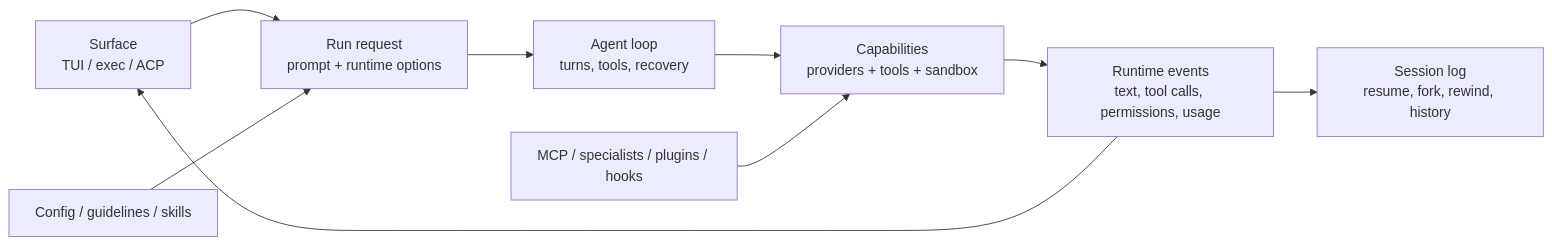
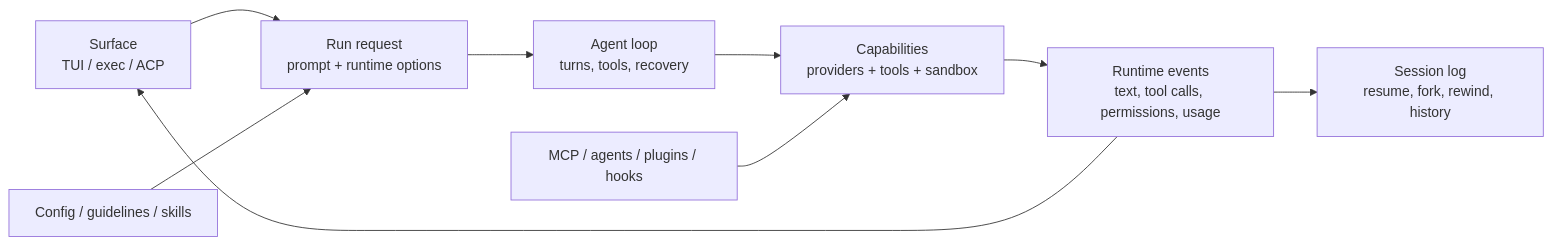
The second of 16 diagrams in docs/HOW_KAJICODE_WORKS.md (dishant0406/KajiCode), drawn with Mermaid before and after one commit. The commit also changed other lines of this file and 136 other files, not shown here.

````diff
--- a/docs/HOW_KAJICODE_WORKS.md
+++ b/docs/HOW_KAJICODE_WORKS.md
@@ -73,12 +73,12 @@
 ```mermaid
 flowchart LR
     Surface[Surface<br/>TUI / exec / ACP] --> Run[Run request<br/>prompt + runtime options]
     Run --> Agent[Agent loop<br/>turns, tools, recovery]
     Agent --> Capabilities[Capabilities<br/>providers + tools + sandbox]
     Capabilities --> Events[Runtime events<br/>text, tool calls, permissions, usage]
     Events --> Surface
     Events --> Sessions[Session log<br/>resume, fork, rewind, history]
 
     Config[Config / guidelines / skills] --> Run
-    Extensions[MCP / specialists / plugins / hooks] --> Capabilities
+    Extensions[MCP / agents / plugins / hooks] --> Capabilities
 ```
````
